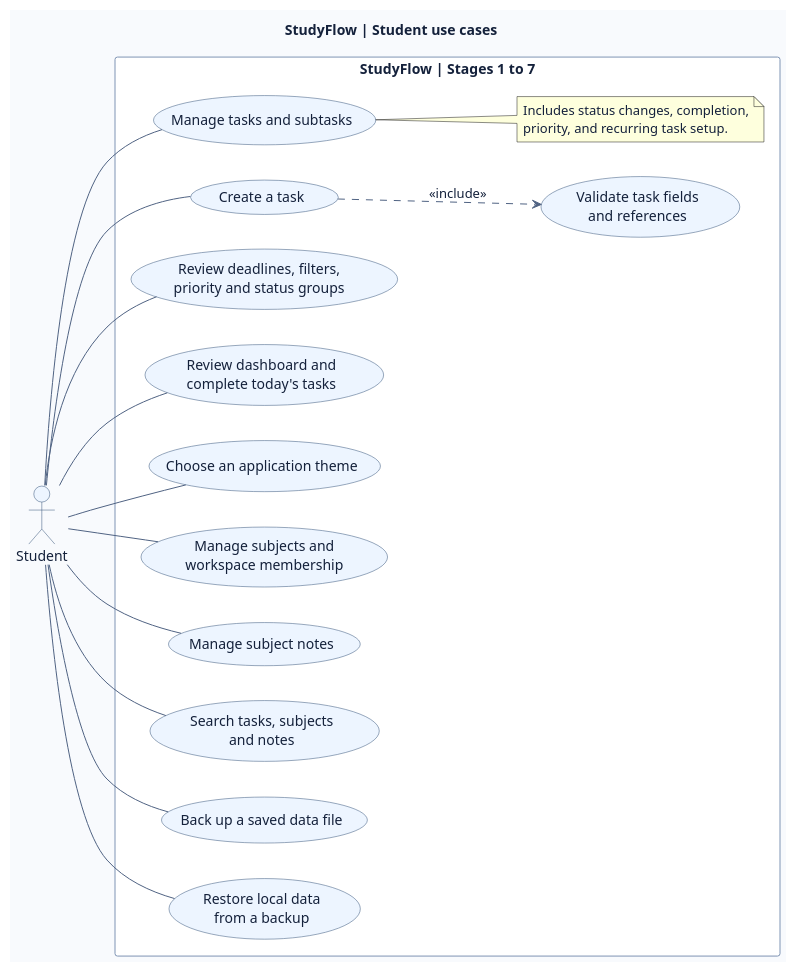
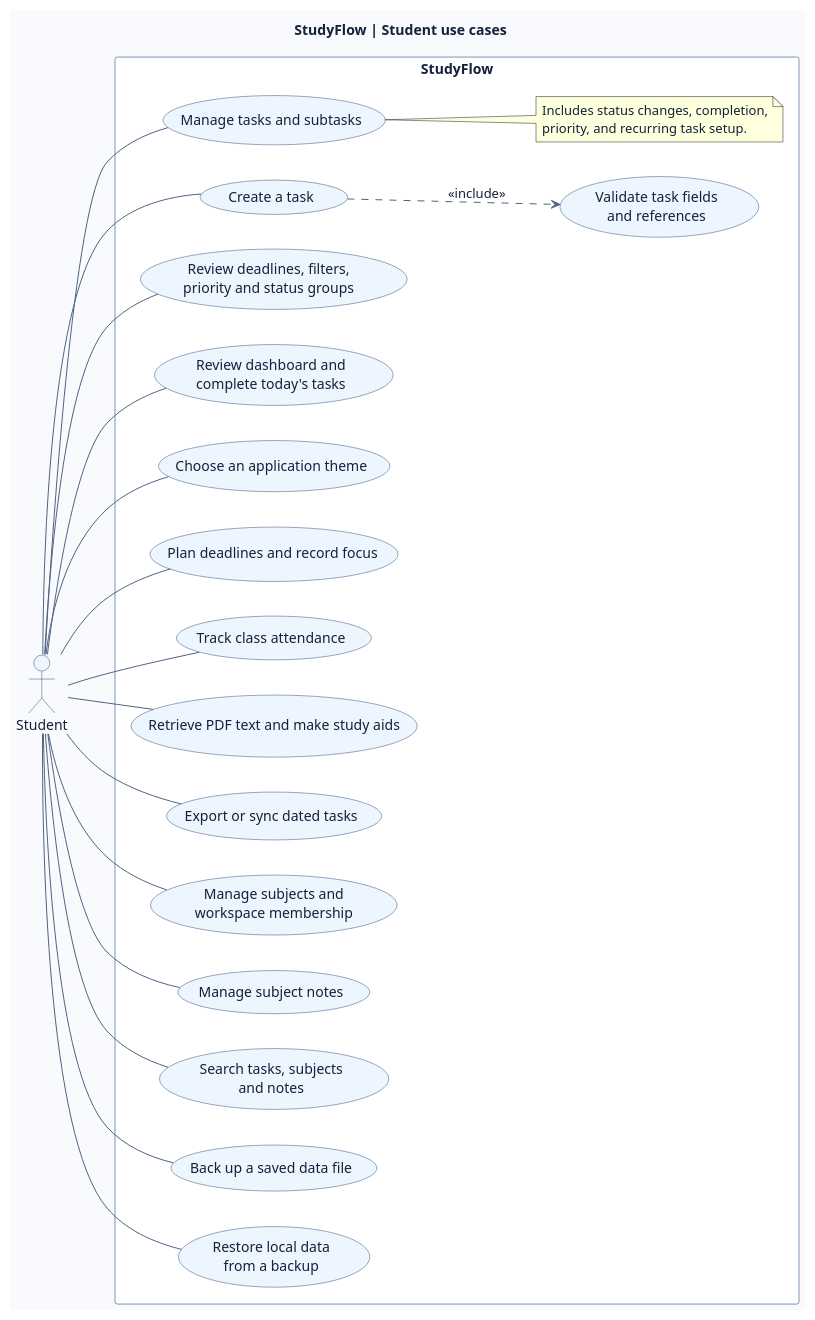
The diagram in docs/uml/use-case-diagram.puml (Dishitha09/StudyFlow), drawn with PlantUML before and after one commit. The commit also changed 17 other files, not shown here.

```diff
--- a/docs/uml/use-case-diagram.puml
+++ b/docs/uml/use-case-diagram.puml
@@ -1,47 +1,55 @@
 @startuml
 title StudyFlow | Student use cases
 left to right direction
 skinparam backgroundColor #F8FAFD
 skinparam defaultFontName Segoe UI
 skinparam defaultFontColor #14213B
 skinparam shadowing false
 skinparam ArrowColor #506383
 skinparam actorBorderColor #345279
 skinparam actorBackgroundColor #EDF5FF
 skinparam usecaseBorderColor #345279
 skinparam usecaseBackgroundColor #EDF5FF
 skinparam rectangleBorderColor #7F94B4
 skinparam rectangleBackgroundColor #FFFFFF
 
 actor Student
-rectangle "StudyFlow | Stages 1 to 7" {
+rectangle "StudyFlow" {
   usecase "Manage tasks and subtasks" as Task
   usecase "Create a task" as Create
   usecase "Validate task fields\nand references" as Validate
   usecase "Review deadlines, filters,\npriority and status groups" as Review
   usecase "Review dashboard and\ncomplete today's tasks" as Dashboard
   usecase "Choose an application theme" as Theme
+  usecase "Plan deadlines and record focus" as Plan
+  usecase "Track class attendance" as Attendance
+  usecase "Retrieve PDF text and make study aids" as Materials
+  usecase "Export or sync dated tasks" as Export
   usecase "Manage subjects and\nworkspace membership" as Organize
   usecase "Manage subject notes" as Note
   usecase "Search tasks, subjects\nand notes" as Search
   usecase "Back up a saved data file" as Backup
   usecase "Restore local data\nfrom a backup" as Restore
 
   note right of Task
     Includes status changes, completion,
     priority, and recurring task setup.
   end note
 }
 
 Student -- Task
 Student -- Create
 Student -- Review
 Student -- Dashboard
 Student -- Theme
+Student -- Plan
+Student -- Attendance
+Student -- Materials
+Student -- Export
 Student -- Organize
 Student -- Note
 Student -- Search
 Student -- Backup
 Student -- Restore
 Create ..> Validate : <<include>>
 @enduml
```
